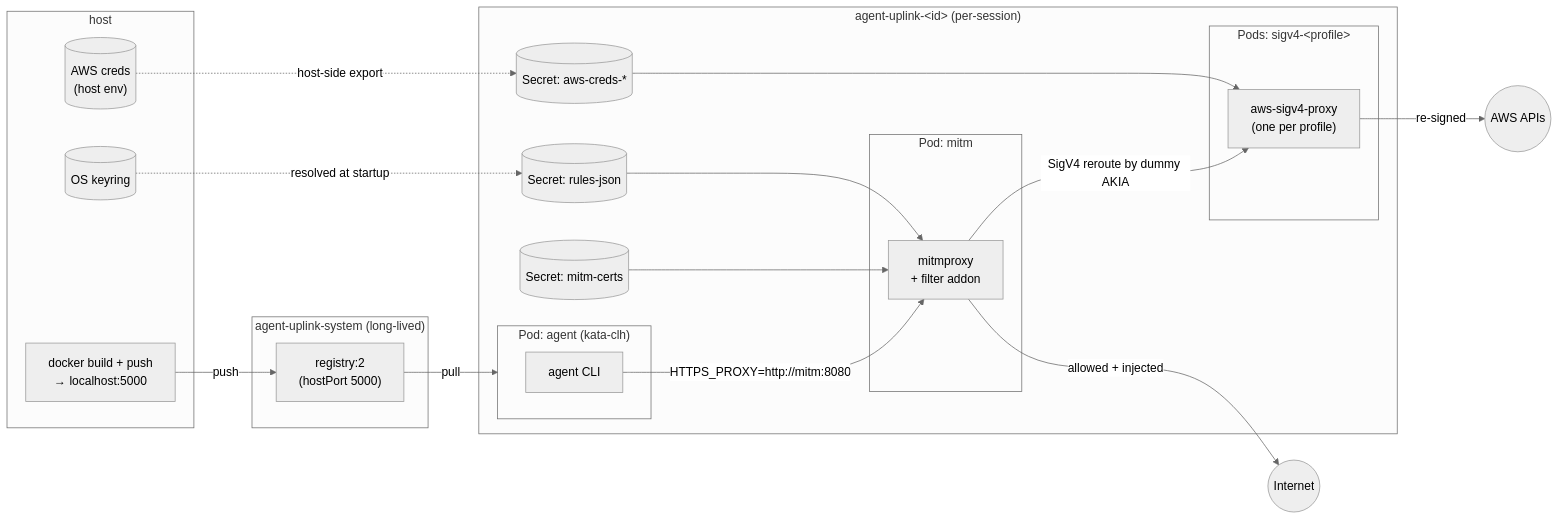
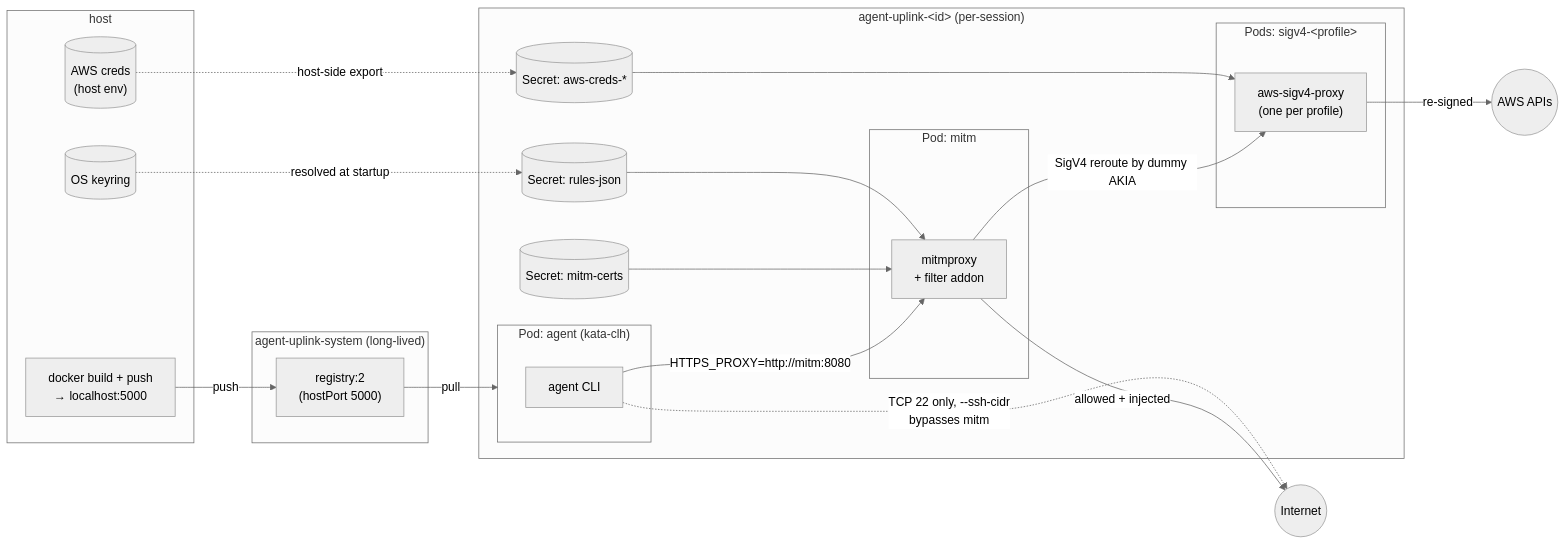
Before and after one commit to hoo29/agent-uplink: the diagram in README.md, drawn with Mermaid (neutral theme). The commit also changed other lines of this file and 4 other files, not shown here.

````diff
--- a/README.md
+++ b/README.md
@@ -11,42 +11,43 @@
 ```mermaid
 flowchart LR
     subgraph host["host"]
         keyring[("OS keyring")]
         awscreds[("AWS creds<br/>(host env)")]
         dockerd["docker build + push<br/>→ localhost:5000"]
     end
 
     subgraph registry_ns["agent-uplink-system (long-lived)"]
         registry["registry:2<br/>(hostPort 5000)"]
     end
 
     subgraph session_ns["agent-uplink-&lt;id&gt; (per-session)"]
         subgraph agent_pod["Pod: agent (kata-clh)"]
             agent["agent CLI"]
         end
         subgraph mitm_pod["Pod: mitm"]
             mitm["mitmproxy<br/>+ filter addon"]
         end
         subgraph sigv4_pods["Pods: sigv4-&lt;profile&gt;"]
             sidecar["aws-sigv4-proxy<br/>(one per profile)"]
         end
         rules[("Secret: rules-json")]
         certs[("Secret: mitm-certs")]
         creds[("Secret: aws-creds-*")]
     end
 
     internet(("Internet"))
     aws(("AWS APIs"))
 
     dockerd -->|push| registry
     registry -->|pull| agent_pod
     keyring -.->|resolved at startup| rules
     awscreds -.->|host-side export| creds
     rules --> mitm
     certs --> mitm
     creds --> sidecar
     agent -->|HTTPS_PROXY=http://mitm:8080| mitm
+    agent -.->|TCP 22 only, --ssh-cidr<br/>bypasses mitm| internet
     mitm -->|allowed + injected| internet
     mitm -->|SigV4 reroute by dummy AKIA| sidecar
     sidecar -->|re-signed| aws
 ```
````
